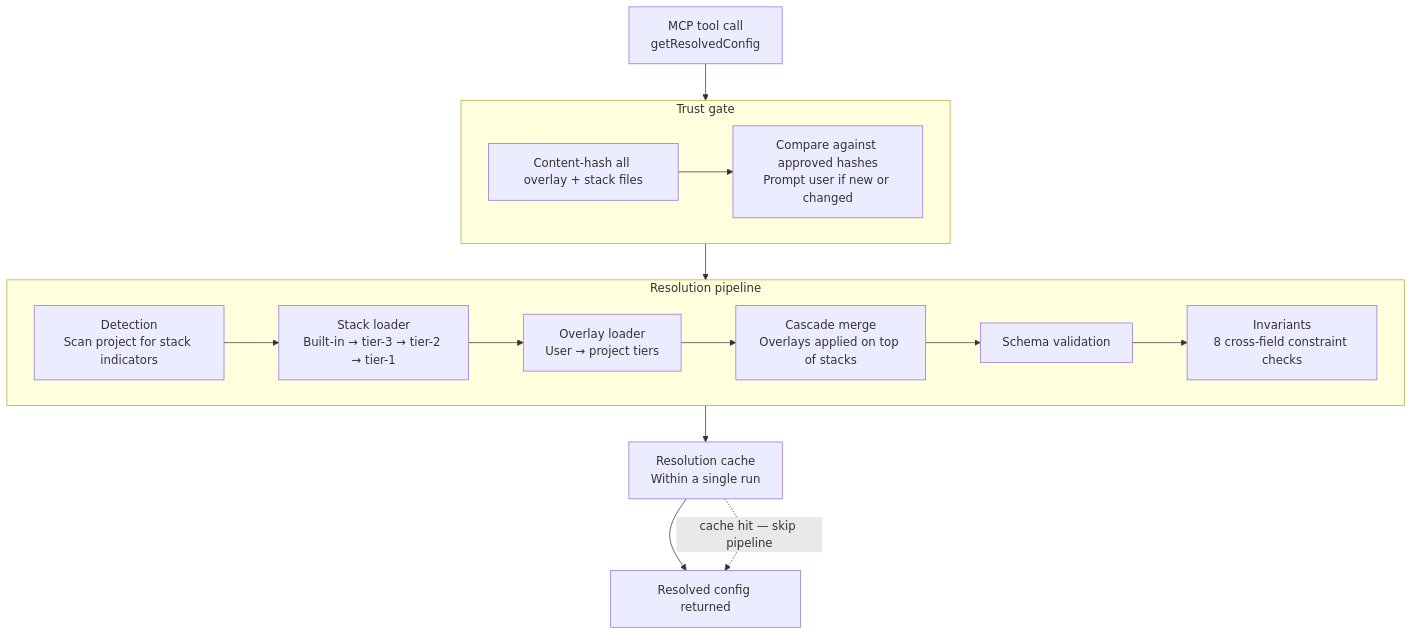
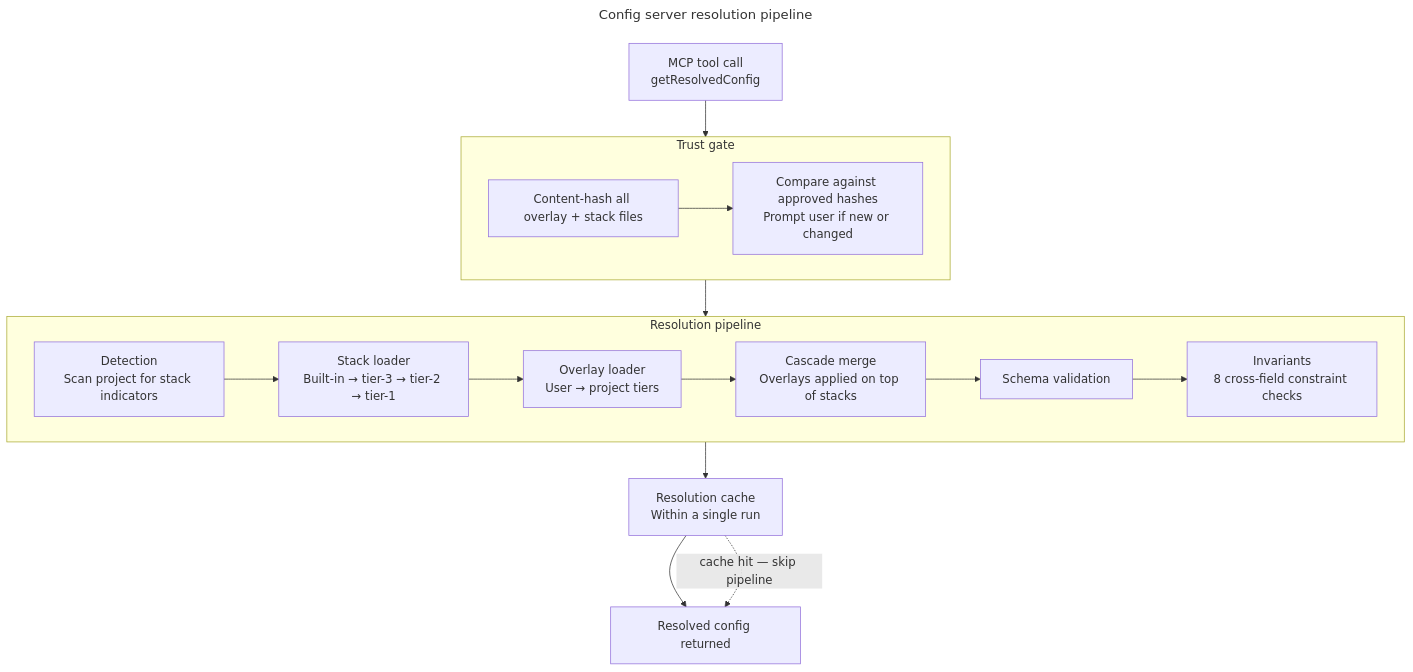
Before and after one commit to Thomas-AppForceOne/ClaudeAgents: the third of 5 diagrams in documentation/subsystem-architecture.md, drawn with Mermaid. The commit also changed other lines of this file, not shown here.

Commit message:
docs: add Mermaid title frontmatter to each diagram

````diff
--- a/documentation/subsystem-architecture.md
+++ b/documentation/subsystem-architecture.md
@@ -125,26 +131,29 @@
 ```mermaid
+---
+title: Config server resolution pipeline
+---
 flowchart TD
     IN["MCP tool call\ngetResolvedConfig"]
 
     subgraph TG["Trust gate"]
         HC["Content-hash all overlay + stack files"]
         TP["Compare against approved hashes\nPrompt user if new or changed"]
         HC --> TP
     end
 
     subgraph RP["Resolution pipeline"]
         DT["Detection\nScan project for stack indicators"]
         SL["Stack loader\nBuilt-in → tier-3 → tier-2 → tier-1"]
         OL["Overlay loader\nUser → project tiers"]
         CM["Cascade merge\nOverlays applied on top of stacks"]
         SV["Schema validation"]
         IV["Invariants\n8 cross-field constraint checks"]
         DT --> SL --> OL --> CM --> SV --> IV
     end
 
     CA["Resolution cache\nWithin a single run"]
     OUT["Resolved config returned"]
 
     IN --> TG --> RP --> CA --> OUT
     CA -.->|"cache hit — skip pipeline"| OUT
 ```
````
